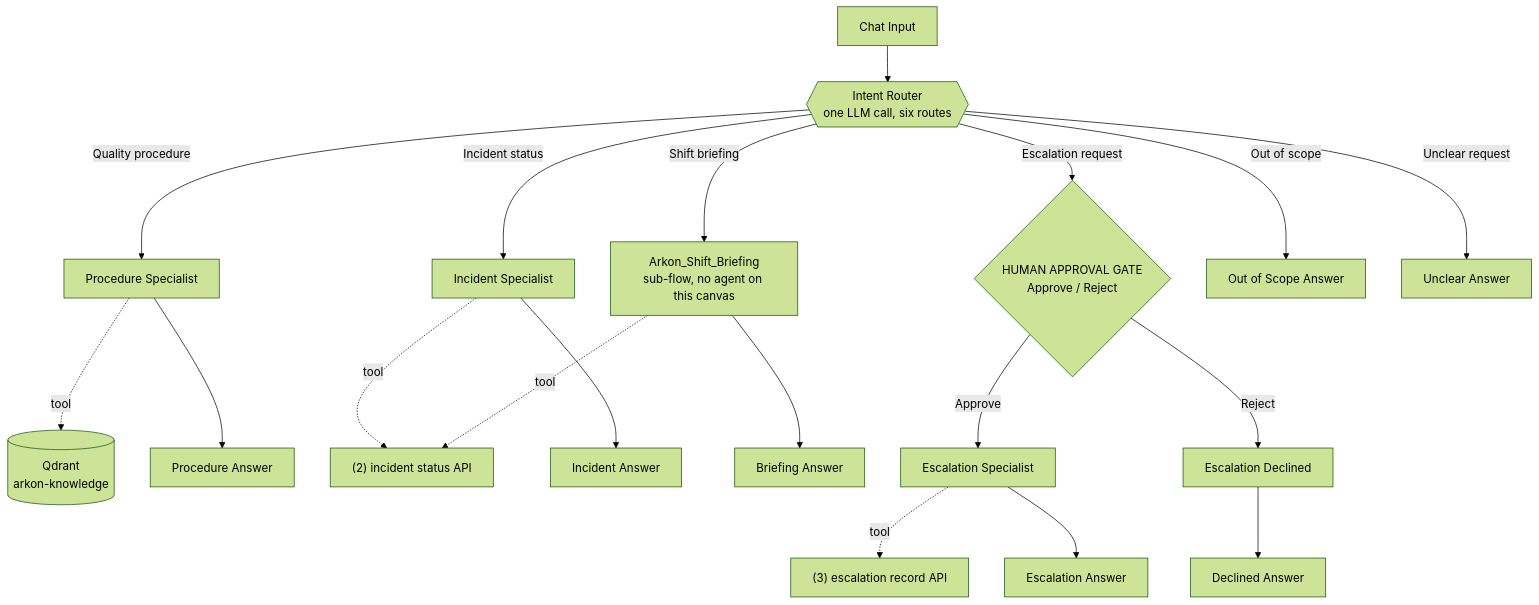
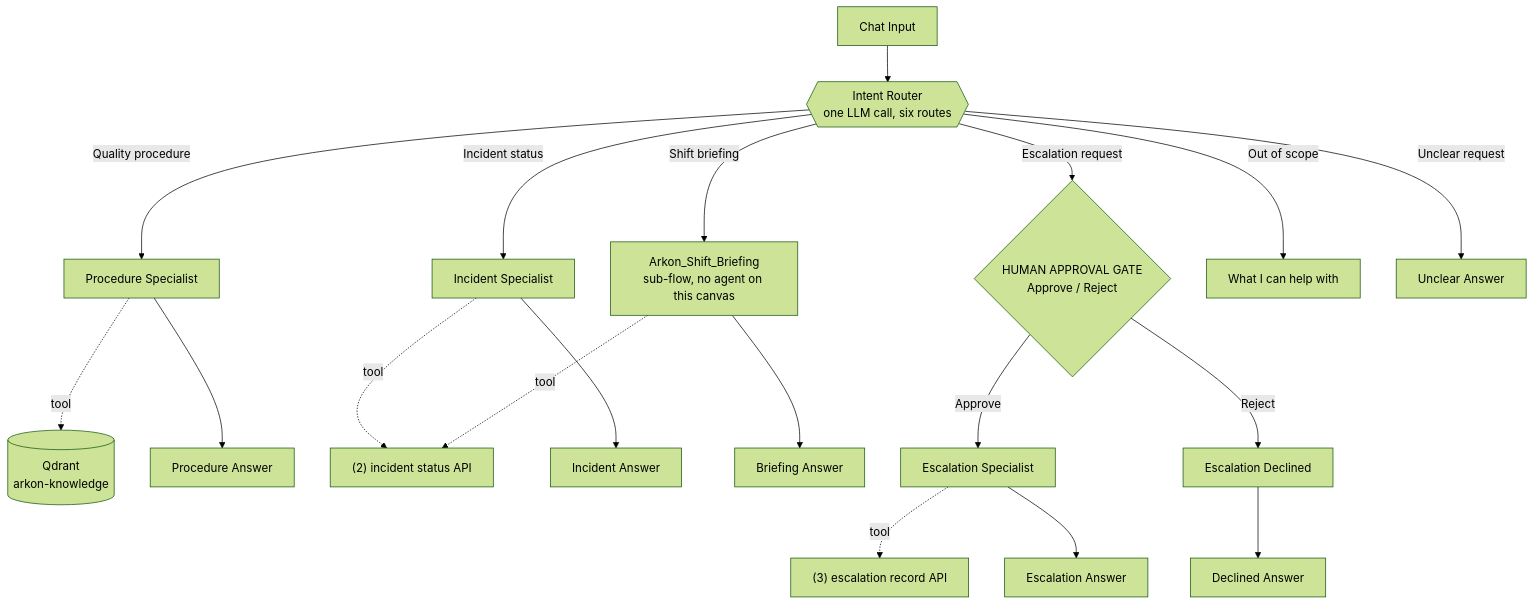
One commit to sergey-kasatov/arkon-manufacturing-ai changed the second of 2 diagrams in README.md. Above: the diagram before and after it, drawn with Mermaid (forest theme). The commit also changed 4 other files, not shown here.

````diff
--- a/README.md
+++ b/README.md
@@ -520,25 +520,25 @@
 ```mermaid
 flowchart TD
   IN["Chat Input"] --> R{{"Intent Router<br/>one LLM call, six routes"}}
 
   R -->|Quality procedure| PS["Procedure Specialist"]
   PS -.->|tool| QD[("Qdrant<br/>arkon-knowledge")]
   PS --> O1["Procedure Answer"]
 
   R -->|Incident status| IS["Incident Specialist"]
   IS -.->|tool| API2["(2) incident status API"]
   IS --> O2["Incident Answer"]
 
   R -->|Shift briefing| SUB["Arkon_Shift_Briefing<br/>sub-flow, no agent on this canvas"]
   SUB -.->|tool| API2
   SUB --> O3["Briefing Answer"]
 
   R -->|Escalation request| GATE{"HUMAN APPROVAL GATE<br/>Approve / Reject"}
   GATE -->|Approve| ES["Escalation Specialist"]
   ES -.->|tool| API3["(3) escalation record API"]
   ES --> O4["Escalation Answer"]
   GATE -->|Reject| DEC["Escalation Declined"] --> O5["Declined Answer"]
 
-  R -->|Out of scope| O6["Out of Scope Answer"]
+  R -->|Out of scope| O6["What I can help with"]
   R -->|Unclear request| O7["Unclear Answer"]
 ```
````
